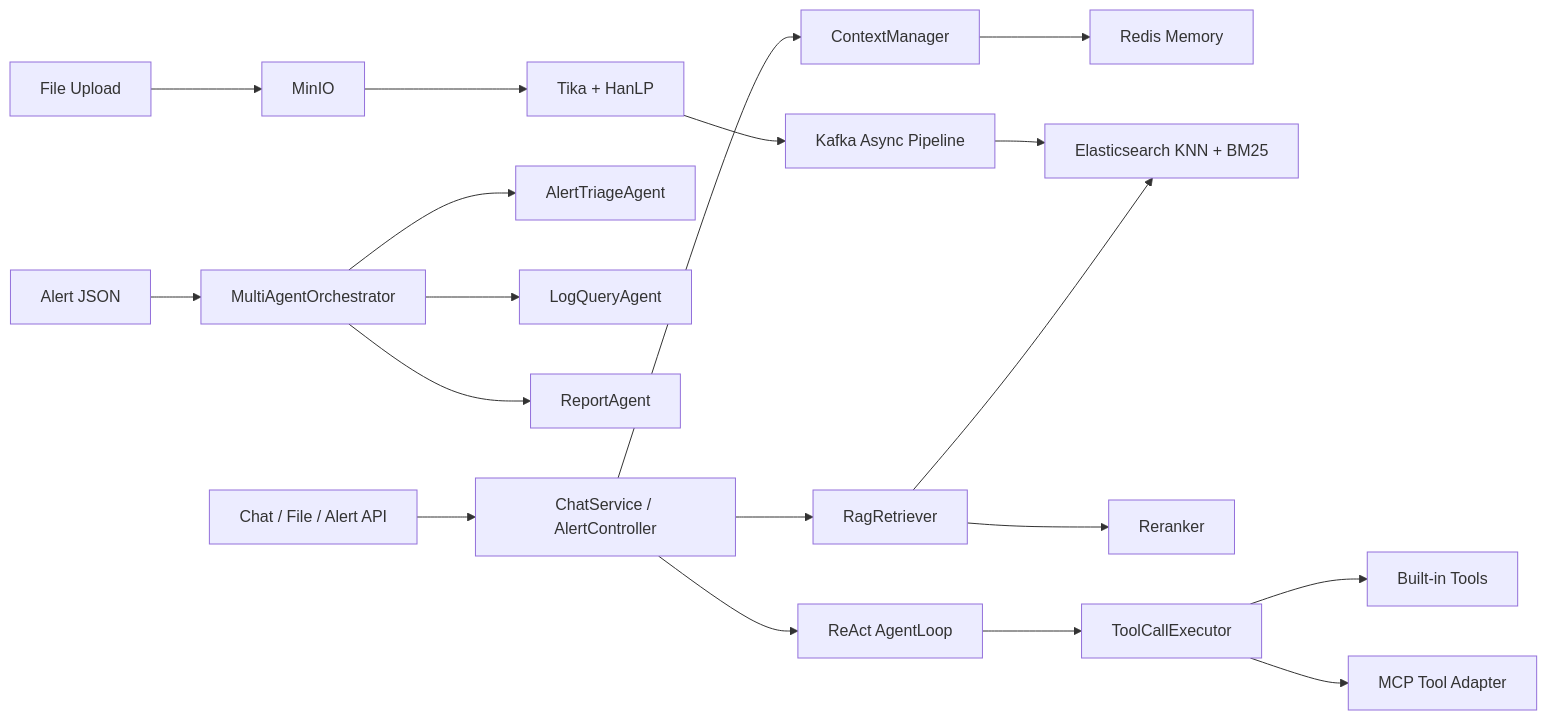
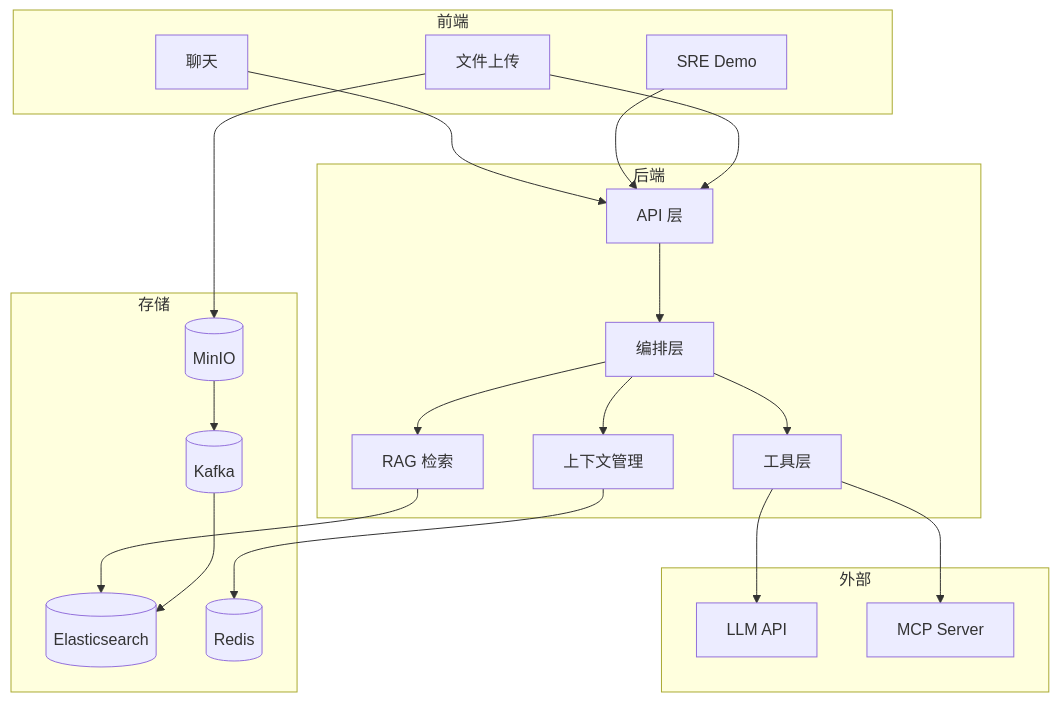
One commit to junnhwan/ZhituAgent changed the diagram in README.md. Above: the diagram before and after it, drawn with Mermaid. The commit also changed other lines of this file and 4 other files, not shown here.

````diff
--- a/README.md
+++ b/README.md
@@ -82,21 +31,46 @@
 ```mermaid
-flowchart LR
-    Client[Chat / File / Alert API] --> Chat[ChatService / AlertController]
-    Chat --> Context[ContextManager]
-    Context --> Memory[Redis Memory]
-    Chat --> RAG[RagRetriever]
-    RAG --> ES[Elasticsearch KNN + BM25]
-    RAG --> Rerank[Reranker]
-    Chat --> Loop[ReAct AgentLoop]
-    Loop --> Tools[ToolCallExecutor]
-    Tools --> Builtin[Built-in Tools]
-    Tools --> MCP[MCP Tool Adapter]
-    Alert[Alert JSON] --> Supervisor[MultiAgentOrchestrator]
-    Supervisor --> Triage[AlertTriageAgent]
-    Supervisor --> Log[LogQueryAgent]
-    Supervisor --> Report[ReportAgent]
-    Upload[File Upload] --> MinIO[MinIO]
-    MinIO --> Tika[Tika + HanLP]
-    Tika --> Kafka[Kafka Async Pipeline]
+graph TB
+    subgraph Frontend["前端"]
+        Chat[聊天]
+        SRE[SRE Demo]
+        Upload[文件上传]
+    end
+
+    subgraph Backend["后端"]
+        API[API 层]
+        Orch[编排层]
+        RAG[RAG 检索]
+        Tools[工具层]
+        Ctx[上下文管理]
+    end
+
+    subgraph Storage["存储"]
+        ES[(Elasticsearch)]
+        Redis[(Redis)]
+        MinIO[(MinIO)]
+        Kafka[(Kafka)]
+    end
+
+    subgraph External["外部"]
+        LLM[LLM API]
+        MCP[MCP Server]
+    end
+
+    Chat --> API
+    SRE --> API
+    Upload --> API
+    
+    API --> Orch
+    Orch --> RAG
+    Orch --> Tools
+    Orch --> Ctx
+    
+    RAG --> ES
+    Ctx --> Redis
+    Tools --> LLM
+    Tools --> MCP
+    
+    Upload --> MinIO
+    MinIO --> Kafka
     Kafka --> ES
 ```
````
